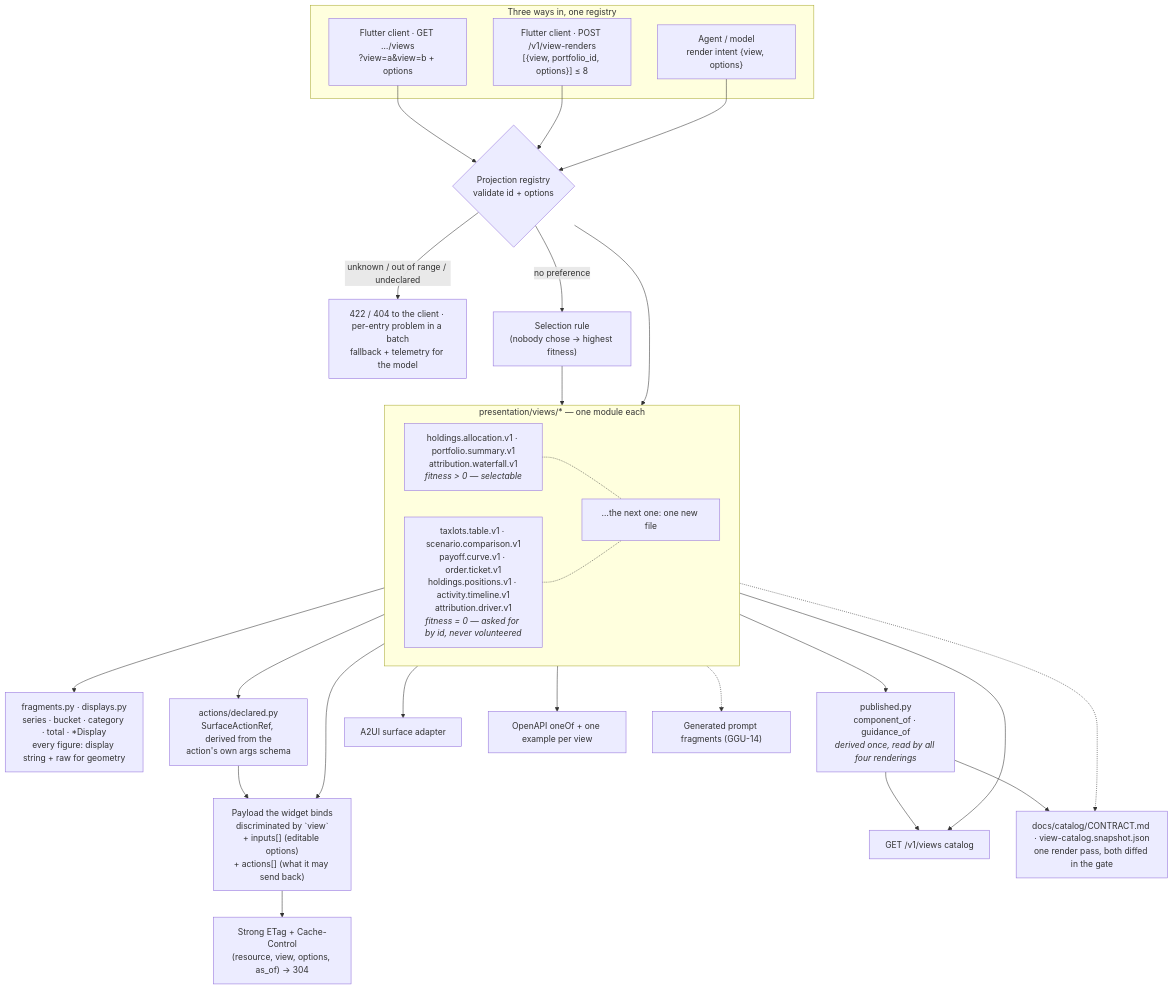
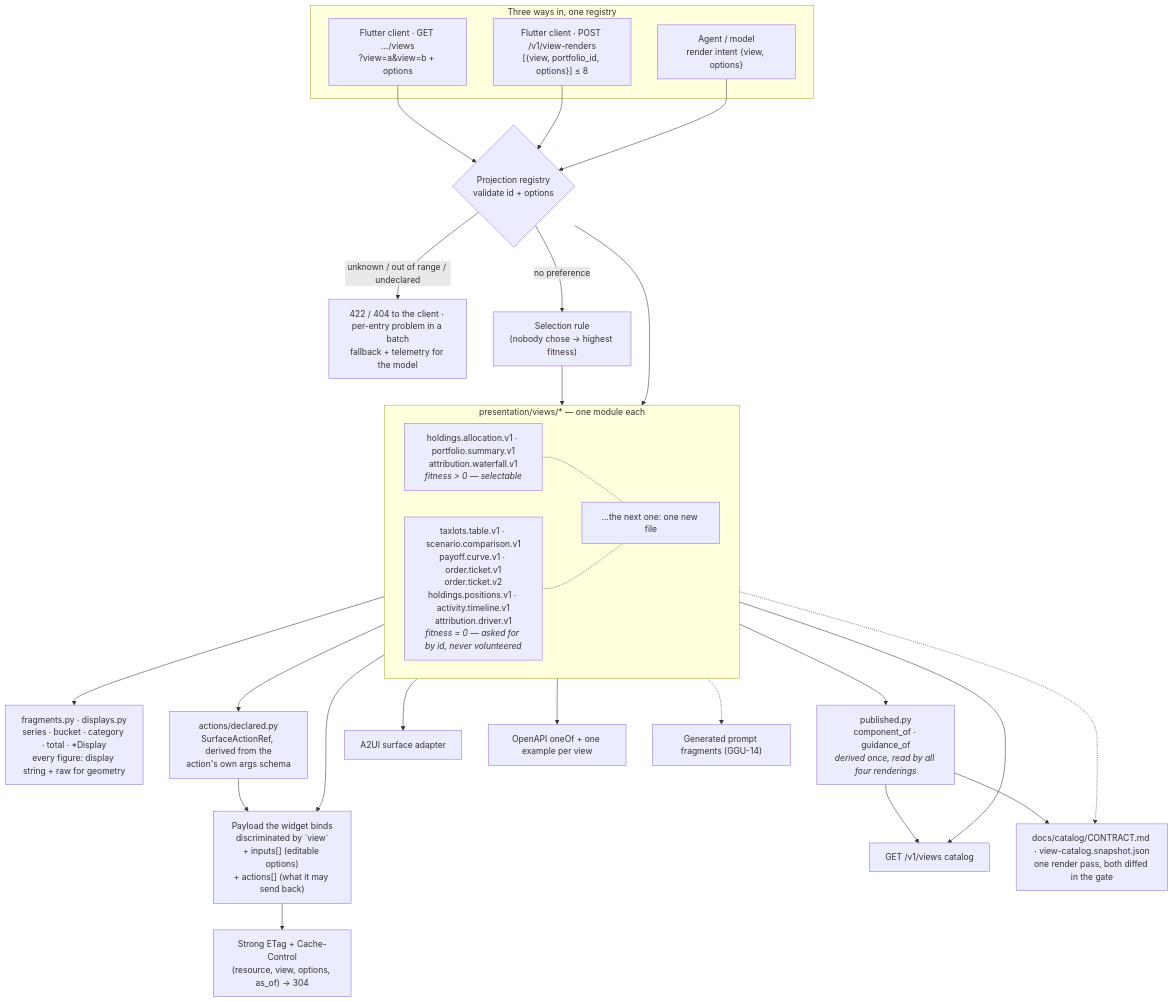
The diagram in docs/diagrams/06-response-shaping.md (somnio-projects/finance-google-a2ui), drawn with Mermaid before and after one commit. The commit also changed 72 other files, not shown here.

````diff
--- a/docs/diagrams/06-response-shaping.md
+++ b/docs/diagrams/06-response-shaping.md
@@ -7,77 +7,77 @@
 ```mermaid
 flowchart TB
     subgraph callers["Three ways in, one registry"]
         cl["Flutter client · GET …/views<br/>?view=a&view=b + options"]
         batch["Flutter client · POST /v1/view-renders<br/>[{view, portfolio_id, options}] ≤ 8"]
         ag["Agent / model<br/>render intent {view, options}"]
     end
     reg{"Projection registry<br/>validate id + options"}
     rej["422 / 404 to the client · per-entry problem in a batch<br/>fallback + telemetry for the model"]
     sel["Selection rule<br/>(nobody chose → highest fitness)"]
     subgraph views["presentation/views/* — one module each"]
         v1["holdings.allocation.v1 · portfolio.summary.v1<br/>attribution.waterfall.v1<br/><i>fitness > 0 — selectable</i>"]
-        v2["taxlots.table.v1 · scenario.comparison.v1<br/>payoff.curve.v1 · order.ticket.v1<br/>holdings.positions.v1 · activity.timeline.v1<br/>attribution.driver.v1<br/><i>fitness = 0 — asked for by id, never volunteered</i>"]
+        v2["taxlots.table.v1 · scenario.comparison.v1<br/>payoff.curve.v1 · order.ticket.v1<br/>order.ticket.v2<br/>holdings.positions.v1 · activity.timeline.v1<br/>attribution.driver.v1<br/><i>fitness = 0 — asked for by id, never volunteered</i>"]
         vn["…the next one: one new file"]
     end
     frag["fragments.py · displays.py<br/>series · bucket · category · total · *Display<br/>every figure: display string + raw for geometry"]
     decl["actions/declared.py<br/>SurfaceActionRef, derived from the<br/>action's own args schema"]
     pub["published.py<br/>component_of · guidance_of<br/><i>derived once, read by all four renderings</i>"]
     out["Payload the widget binds<br/>discriminated by `view`<br/>+ inputs[] (editable options)<br/>+ actions[] (what it may send back)"]
     etag["Strong ETag + Cache-Control<br/>(resource, view, options, as_of) → 304"]
     a2ui["A2UI surface adapter"]
     cat["GET /v1/views catalog"]
     oa["OpenAPI oneOf + one example per view"]
     pf["Generated prompt fragments (GGU-14)"]
     doc["docs/catalog/CONTRACT.md · view-catalog.snapshot.json<br/>one render pass, both diffed in the gate"]
 
     cl --> reg
     batch --> reg
     ag --> reg
     reg -- "unknown / out of range / undeclared" --> rej
     reg -- "no preference" --> sel --> views
     reg --> views
     views --> frag
     views --> decl --> out
     views --> out
     out --> etag
     views --> a2ui
     views --> pub
     pub --> cat
     pub --> doc
     views --> cat
     views --> oa
     views -.-> pf
     views -.-> doc
     v1 -.- vn
     v2 -.- vn
 
     %% Registering once publishes to five consumers; adding a chart touches
     %% only its own module (ADR-K D-14, D-15) — views/ is auto-discovered,
     %% so not even an import line is edited.
     %% The frozen contract is published twice from ONE registry read: Markdown
     %% for the designer (GGU-41) and JSON for the Flutter catalog test
     %% (GGU-53). A third rendering is one entry in catalog_artifacts.ARTIFACTS.
     %% The batch is a RESOURCE, not an RPC call: POST creates it, 201 returns
     %% it inline, and EVERY entry carries its own status, so one bad view
     %% never sinks the others (ADR-K D-18).
     %% The client's rejection is a 422/404; inside a batch it is that entry's
     %% problem document; the model's is a recorded fallback (ADR-K D-12).
     %% ETag covers the two GET reads only: a POST batch is not revalidated.
     %% A payload declares interactivity TWICE and the two must agree, which
     %% is what GGU-78 found they did not:
     %%   inputs[]  — the editable options, each named EXACTLY as the option
     %%               that sets it, which is what the contract document reads
     %%               to fill its Input column (spec 0019 OD-3)
     %%   actions[] — what a tap may send BACK, and that is a new agent turn,
     %%               not a re-render (spec 0022)
     %% The rule that keeps them apart: if the answer is the same view with
     %% different numbers it is an OPTION; if it is a new turn it is an ACTION.
     %% An ACTION is only invocable if the payload carries the VALUE it sends:
     %% Bucket.key is the symbol drill.attribution.v1 accepts, and before
     %% GGU-53 it did not exist, so the affordance was advertised and unusable.
     %% The COMPONENT NAME is the single string the Flutter client registers
     %% against, so it is derived from the adapter in published.py and never
     %% transcribed. It is compared against the design catalog, the snapshot
     %% and the Markdown by test_component_names.py (spec 0023) — four
     %% declarations of one fact, which is three more than can be trusted.
 ```
````
